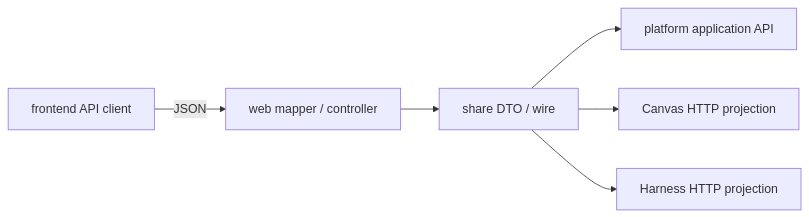
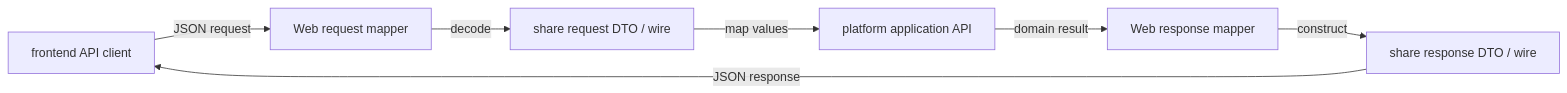
Before and after one commit to fengwk/kk-studio: the diagram in docs/modules/share.md, drawn with Mermaid. The commit also changed other lines of this file and 47 other files, not shown here.

````diff
--- a/docs/modules/share.md
+++ b/docs/modules/share.md
@@ -9,8 +9,9 @@
 ```mermaid
 flowchart LR
-    Frontend[frontend API client] -->|JSON| Web[web mapper / controller]
-    Web --> Share[share DTO / wire]
-    Share --> Platform[platform application API]
-    Share --> Canvas[Canvas HTTP projection]
-    Share --> Harness[Harness HTTP projection]
+    Frontend[frontend API client] -->|JSON request| RequestMapper[Web request mapper]
+    RequestMapper -->|decode| ShareRequest[share request DTO / wire]
+    ShareRequest -->|map values| Platform[platform application API]
+    Platform -->|domain result| ResponseMapper[Web response mapper]
+    ResponseMapper -->|construct| ShareResponse[share response DTO / wire]
+    ShareResponse -->|JSON response| Frontend
 ```
````
